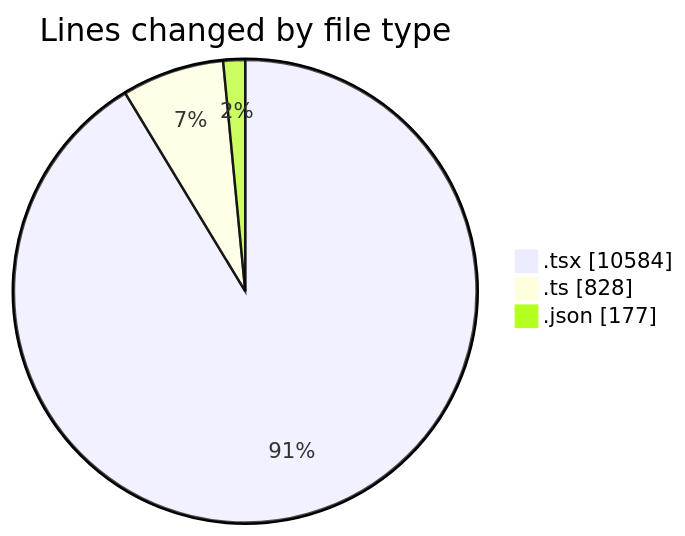
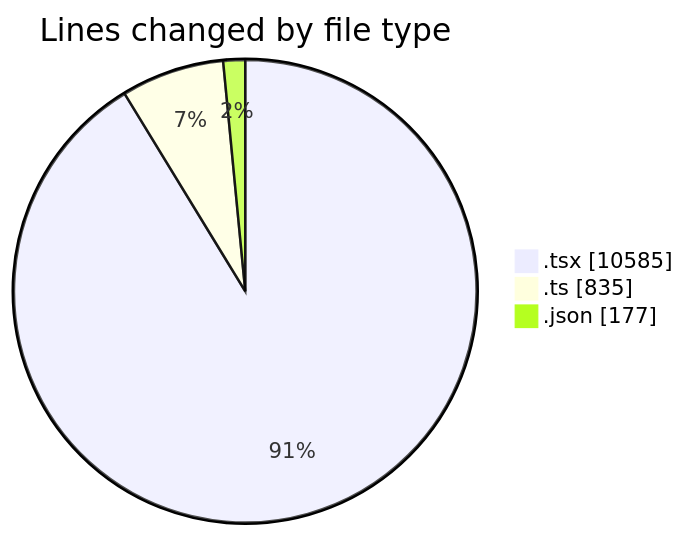
Before and after one commit to robertbonfada/code-tracking: the first of 2 diagrams in 2025-02-18/mbc-web/README.md, drawn with Mermaid. The commit also changed other lines of this file and 1 other file, not shown here.

````diff
--- a/2025-02-18/mbc-web/README.md
+++ b/2025-02-18/mbc-web/README.md
@@ -137,7 +137,7 @@
 ```mermaid
 pie showData
 title Lines changed by file type
-".tsx" : 10584
-".ts" : 828
+".tsx" : 10585
+".ts" : 835
 ".json" : 177
 ```
````
